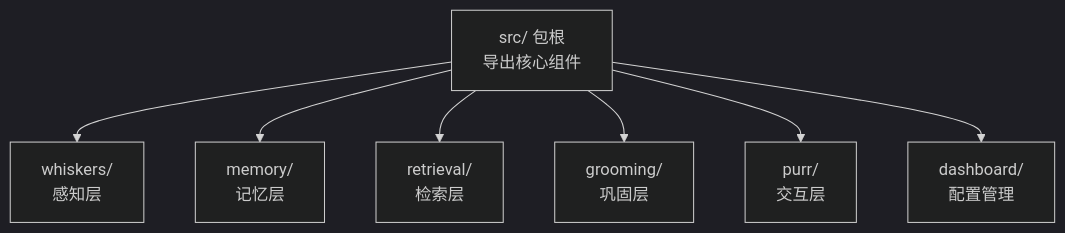
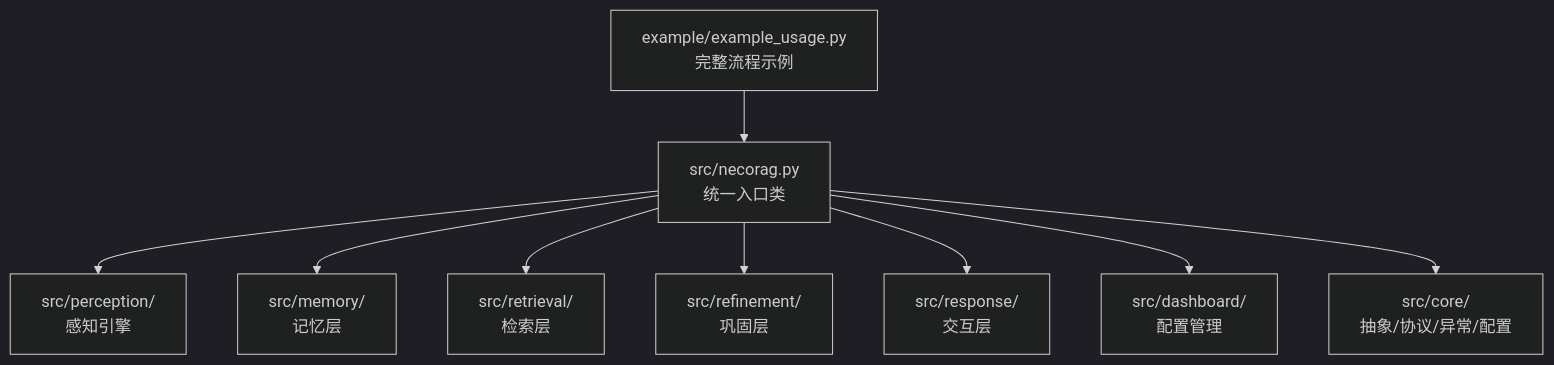
One commit to JieGaoPrinceton/NecoRAG changed the first of 10 diagrams in .qoder/repowiki/zh/content/开发者指南/开发者指南.md. Above: the diagram before and after it, drawn with Mermaid (dark theme). The commit also changed other lines of this file and 76 other files, not shown here.

````diff
--- a/.qoder/repowiki/zh/content/开发者指南/开发者指南.md
+++ b/.qoder/repowiki/zh/content/开发者指南/开发者指南.md
@@ -37,9 +43,11 @@
 ```mermaid
 graph TB
-A["src/ 包根<br/>导出核心组件"] --> B["whiskers/<br/>感知层"]
-A --> C["memory/<br/>记忆层"]
-A --> D["retrieval/<br/>检索层"]
-A --> E["grooming/<br/>巩固层"]
-A --> F["purr/<br/>交互层"]
-A --> G["dashboard/<br/>配置管理"]
+A["src/necorag.py<br/>统一入口类"] --> B["src/perception/<br/>感知引擎"]
+A --> C["src/memory/<br/>记忆层"]
+A --> D["src/retrieval/<br/>检索层"]
+A --> E["src/refinement/<br/>巩固层"]
+A --> F["src/response/<br/>交互层"]
+A --> G["src/dashboard/<br/>配置管理"]
+A --> H["src/core/<br/>抽象/协议/异常/配置"]
+I["example/example_usage.py<br/>完整流程示例"] --> A
 ```
````
